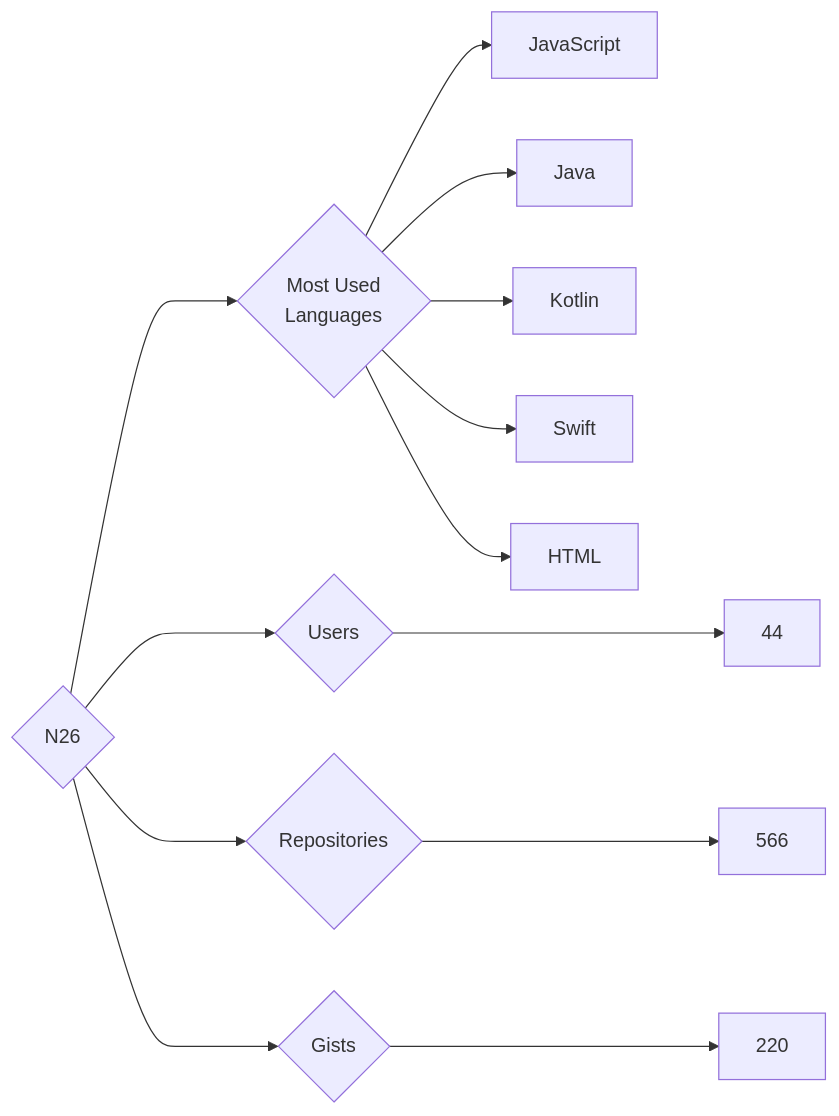
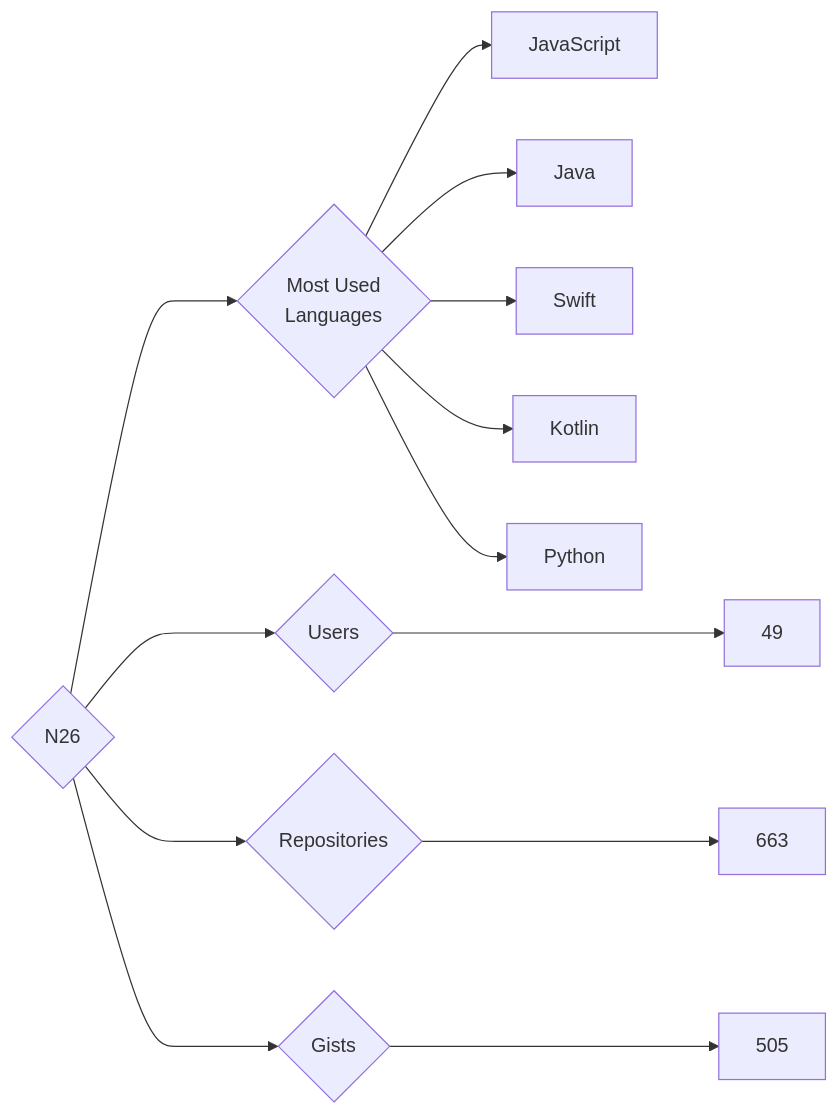
Before and after one commit to trickest/insiders: the diagram in targets/N26/README.md, drawn with Mermaid. The commit also changed 871 other files, not shown here.

````diff
--- a/targets/N26/README.md
+++ b/targets/N26/README.md
@@ -3,13 +3,13 @@
 ```mermaid
 graph LR
 COMPANY_NAME{N26}
-COMPANY_NAME ---> U{Users} ---> UN[44]
-COMPANY_NAME ---> R{Repositories} ---> RN[566]
-COMPANY_NAME ---> G{Gists} ---> GN[220]
+COMPANY_NAME ---> U{Users} ---> UN[49]
+COMPANY_NAME ---> R{Repositories} ---> RN[663]
+COMPANY_NAME ---> G{Gists} ---> GN[505]
 COMPANY_NAME ---> ML{Most Used<br>Languages}
 ML --> JavaScript[JavaScript]
 ML --> Java[Java]
+ML --> Swift[Swift]
 ML --> Kotlin[Kotlin]
-ML --> Swift[Swift]
-ML --> HTML[HTML]
+ML --> Python[Python]
 ```
````
